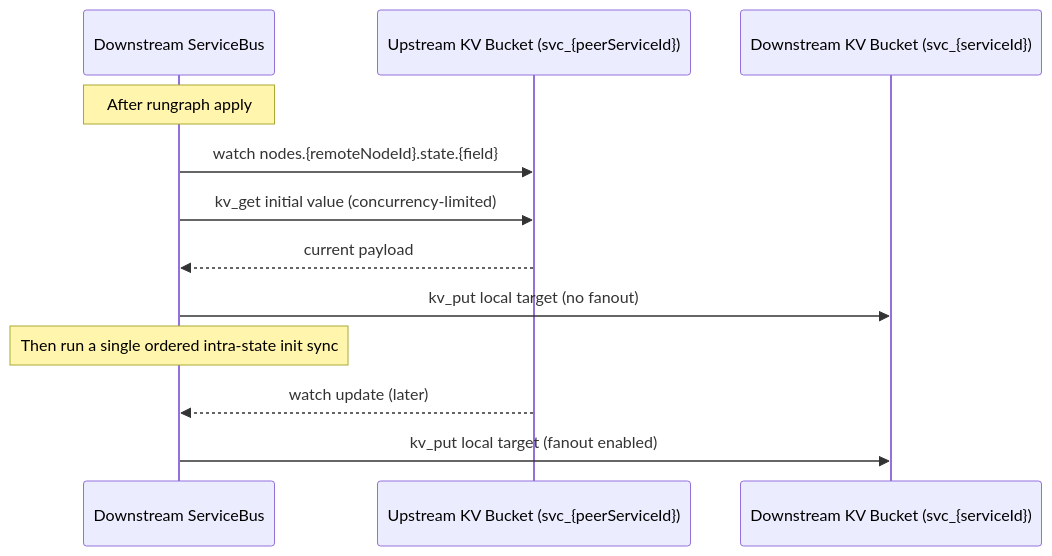
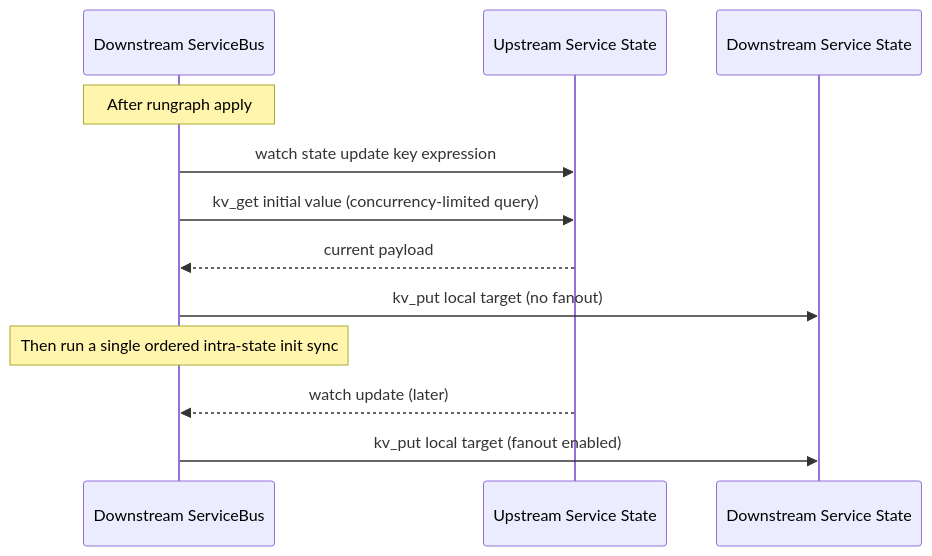
One commit to FrogThe2nd/f8studio changed the fifth of 7 diagrams in docs/deepdives/comm_bus.md. Above: the diagram before and after it, drawn with Mermaid. The commit also changed other lines of this file and 11 other files, not shown here.

````diff
--- a/docs/deepdives/comm_bus.md
+++ b/docs/deepdives/comm_bus.md
@@ -269,15 +271,15 @@
 ``` mermaid
 sequenceDiagram
   participant BusDown as Downstream ServiceBus
-  participant KVUp as Upstream KV Bucket (svc_{peerServiceId})
-  participant KVDown as Downstream KV Bucket (svc_{serviceId})
+  participant Up as Upstream Service State
+  participant Down as Downstream Service State
 
   Note over BusDown: After rungraph apply
-  BusDown->>KVUp: watch nodes.{remoteNodeId}.state.{field}
-  BusDown->>KVUp: kv_get initial value (concurrency-limited)
-  KVUp-->>BusDown: current payload
-  BusDown->>KVDown: kv_put local target (no fanout)
+  BusDown->>Up: watch state update key expression
+  BusDown->>Up: kv_get initial value (concurrency-limited query)
+  Up-->>BusDown: current payload
+  BusDown->>Down: kv_put local target (no fanout)
   Note over BusDown: Then run a single ordered intra-state init sync
-  KVUp-->>BusDown: watch update (later)
-  BusDown->>KVDown: kv_put local target (fanout enabled)
+  Up-->>BusDown: watch update (later)
+  BusDown->>Down: kv_put local target (fanout enabled)
 ```
````
